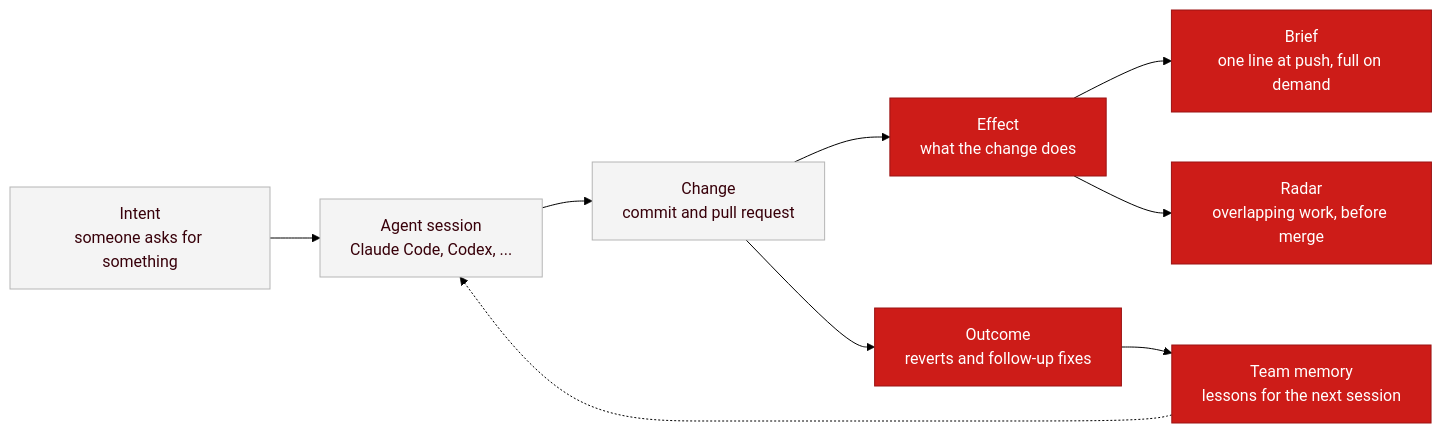
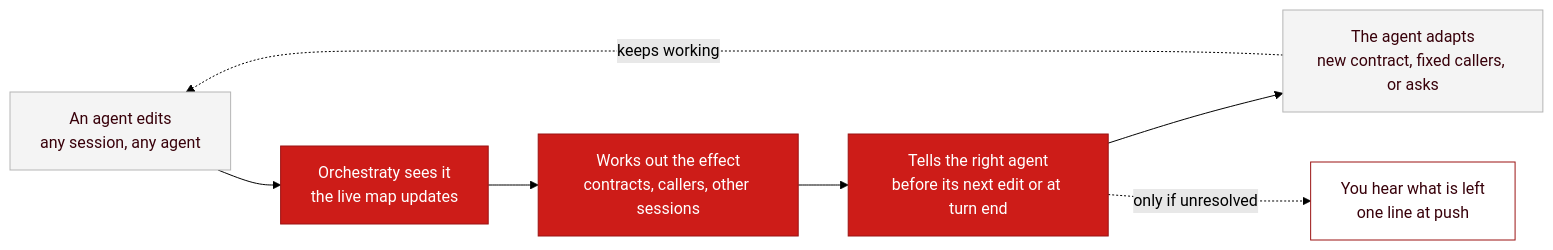
One commit to samratrajsharma/Orchestraty changed the first of 2 diagrams in README.md. Above: the diagram before and after it, drawn with Mermaid (forest theme). The commit also changed other lines of this file, not shown here.

First line of the commit message:
docs: rewrite the README for coordination between parallel agent sessions

````diff
--- a/README.md
+++ b/README.md
@@ -48,18 +49,15 @@
 ```mermaid
 flowchart LR
-    intent["Intent<br/>someone asks for something"]:::tool
-    session["Agent session<br/>Claude Code, Codex, ..."]:::tool
-    change["Change<br/>commit and pull request"]:::tool
-    effect["Effect<br/>what the change does"]:::orch
-    brief["Brief<br/>one line at push, full on demand"]:::orch
-    radar["Radar<br/>overlapping work, before merge"]:::orch
-    outcome["Outcome<br/>reverts and follow-up fixes"]:::orch
-    memory["Team memory<br/>lessons for the next session"]:::orch
-    intent --> session --> change --> effect
-    effect --> brief
-    effect --> radar
-    change --> outcome --> memory
-    memory -.-> session
+    edit["An agent edits<br/>any session, any agent"]:::tool
+    see["Orchestraty sees it<br/>the live map updates"]:::orch
+    effect["Works out the effect<br/>contracts, callers, other sessions"]:::orch
+    tell["Tells the right agent<br/>before its next edit or at turn end"]:::orch
+    adapt["The agent adapts<br/>new contract, fixed callers, or asks"]:::tool
+    you["You hear what is left<br/>one line at push"]:::person
+    edit --> see --> effect --> tell --> adapt
+    adapt -.->|keeps working| edit
+    tell -.->|only if unresolved| you
     classDef tool fill:#F4F4F4,stroke:#B5B5B5,color:#38000A;
     classDef orch fill:#CD1C18,stroke:#9B1313,color:#FFFFFF;
+    classDef person fill:#FFFFFF,stroke:#9B1313,color:#38000A;
 ```
````
